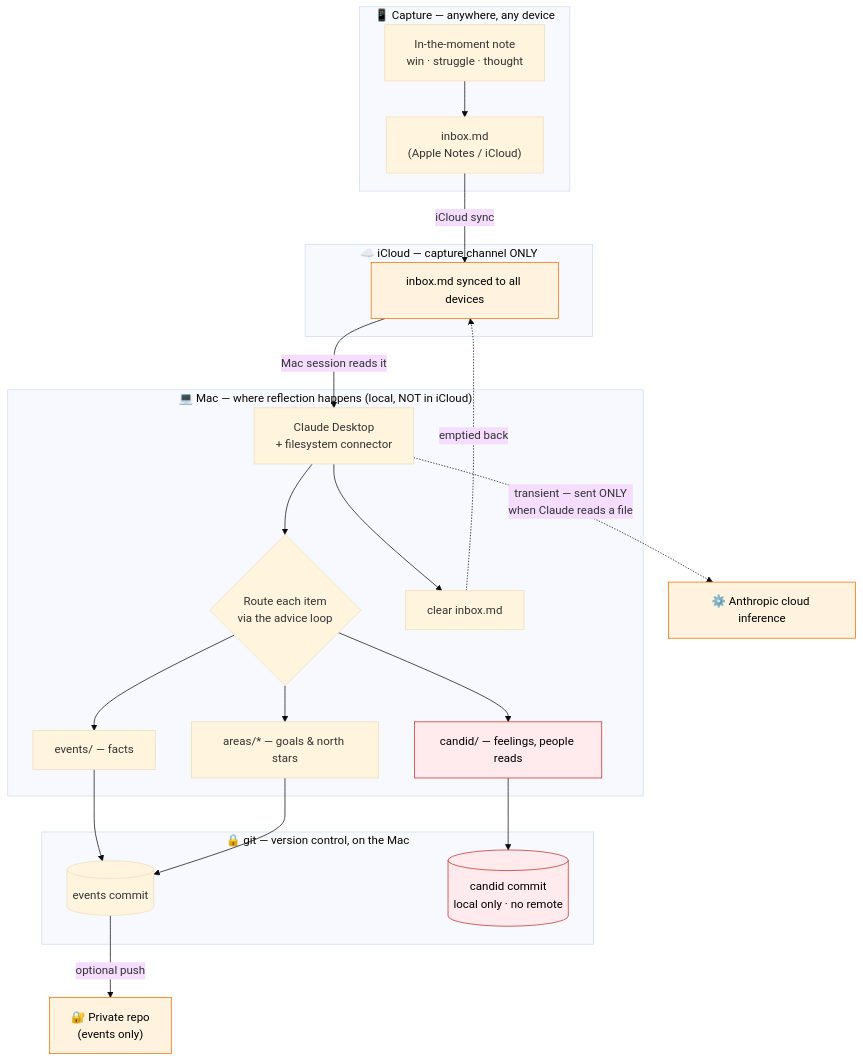
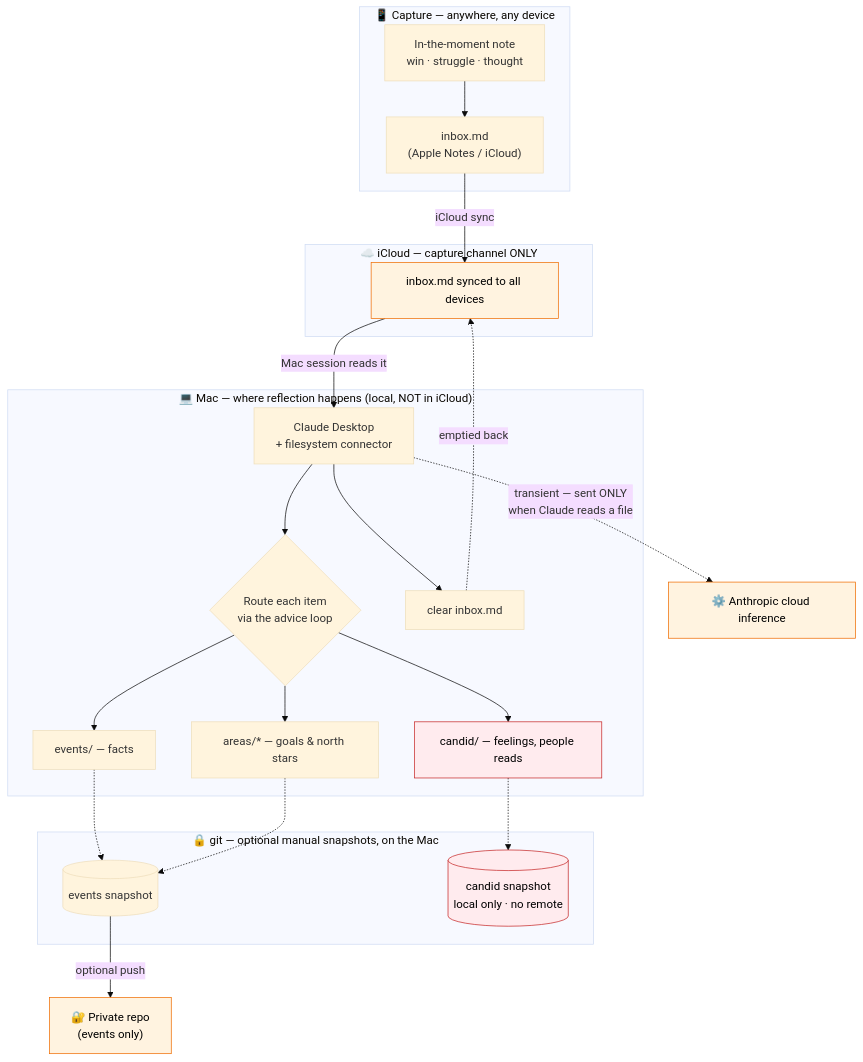
The diagram in docs/workflow.md (crentist-my-dentist/constellation), drawn with Mermaid (base theme) before and after one commit. The commit also changed other lines of this file and 3 other files, not shown here.

````diff
--- a/docs/workflow.md
+++ b/docs/workflow.md
@@ -6,44 +6,44 @@
 ```mermaid
 flowchart TD
     subgraph CAP["📱 Capture — anywhere, any device"]
         A["In-the-moment note<br/>win · struggle · thought"] --> B["inbox.md<br/>(Apple Notes / iCloud)"]
     end
 
     subgraph SYNC["☁️ iCloud — capture channel ONLY"]
         C["inbox.md synced to all devices"]
     end
     B -->|iCloud sync| C
 
     subgraph MAC["💻 Mac — where reflection happens (local, NOT in iCloud)"]
         D["Claude Desktop<br/>+ filesystem connector"]
         E{"Route each item<br/>via the advice loop"}
         F["events/ — facts"]
         G["candid/ — feelings, people reads"]
         H["areas/* — goals & north stars"]
         I["clear inbox.md"]
         D --> E
         E --> F
         E --> G
         E --> H
         D --> I
     end
     C -->|Mac session reads it| D
     I -.->|emptied back| C
 
-    subgraph GIT["🔒 git — version control, on the Mac"]
-        J[("events commit")]
-        K[("candid commit<br/>local only · no remote")]
+    subgraph GIT["🔒 git — optional manual snapshots, on the Mac"]
+        J[("events snapshot")]
+        K[("candid snapshot<br/>local only · no remote")]
     end
-    F --> J
-    H --> J
-    G --> K
+    F -.-> J
+    H -.-> J
+    G -.-> K
 
     J -->|optional push| L["🔐 Private repo<br/>(events only)"]
 
     D -.->|transient — sent ONLY<br/>when Claude reads a file| M["⚙️ Anthropic cloud inference"]
 
     classDef cloud fill:#fff3e0,stroke:#ef6c00,color:#000;
     classDef candid fill:#ffebee,stroke:#c62828,color:#000;
     class C,L,M cloud;
     class G,K candid;
 ```
````
